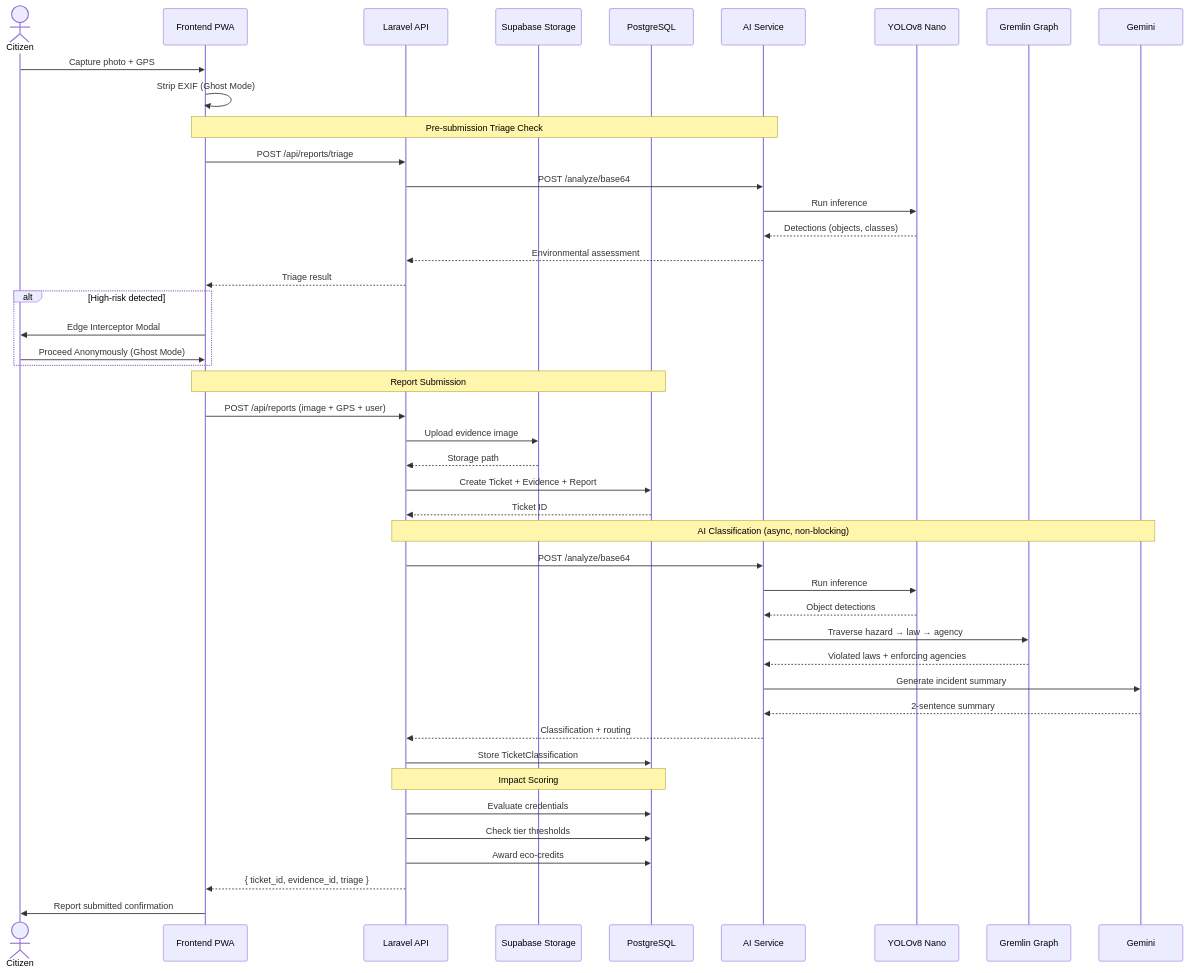
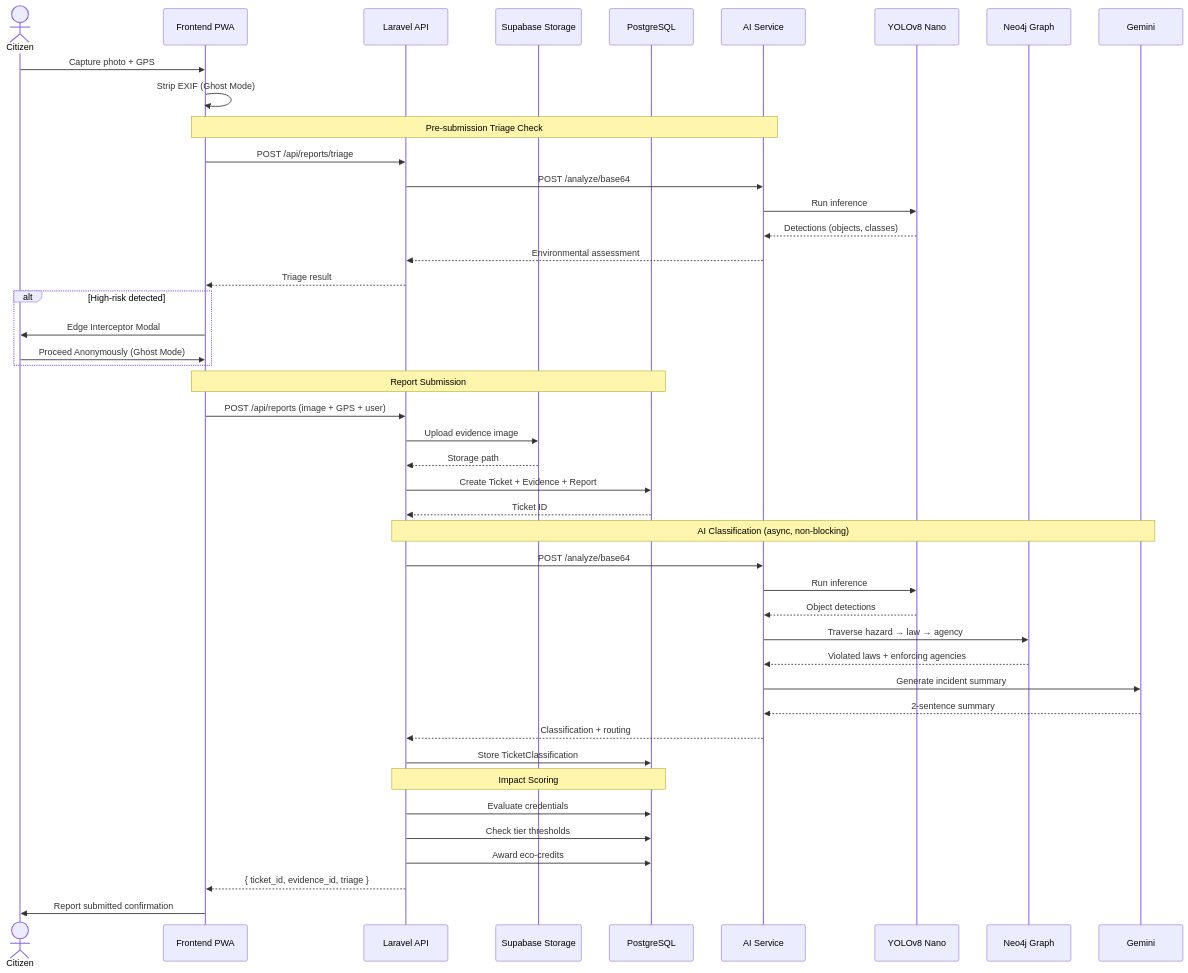
The second of 4 diagrams in docs/dataflow-diagram.md (J-Akiru5/LikasLens), drawn with Mermaid before and after one commit. The commit also changed other lines of this file and 12 other files, not shown here.

First line of the commit message:
feat: Phase 0 — raise COCO confidence to 0.50, fix Gremlin→Neo4j across docs, add execution tracker

````diff
--- a/docs/dataflow-diagram.md
+++ b/docs/dataflow-diagram.md
@@ -124,54 +124,54 @@
 ```mermaid
 sequenceDiagram
     actor Citizen
     participant PWA as Frontend PWA
     participant API as Laravel API
     participant Storage as Supabase Storage
     participant DB as PostgreSQL
     participant AI as AI Service
     participant YOLO as YOLOv8 Nano
-    participant Graph as Gremlin Graph
+    participant Graph as Neo4j Graph
     participant LLM as Gemini
 
     Citizen->>PWA: Capture photo + GPS
     PWA->>PWA: Strip EXIF (Ghost Mode)
 
     Note over PWA,AI: Pre-submission Triage Check
     PWA->>API: POST /api/reports/triage
     API->>AI: POST /analyze/base64
     AI->>YOLO: Run inference
     YOLO-->>AI: Detections (objects, classes)
     AI-->>API: Environmental assessment
     API-->>PWA: Triage result
 
     alt High-risk detected
         PWA->>Citizen: Edge Interceptor Modal
         Citizen->>PWA: Proceed Anonymously (Ghost Mode)
     end
 
     Note over PWA,DB: Report Submission
     PWA->>API: POST /api/reports (image + GPS + user)
     API->>Storage: Upload evidence image
     Storage-->>API: Storage path
     API->>DB: Create Ticket + Evidence + Report
     DB-->>API: Ticket ID
 
     Note over API,LLM: AI Classification (async, non-blocking)
     API->>AI: POST /analyze/base64
     AI->>YOLO: Run inference
     YOLO-->>AI: Object detections
     AI->>Graph: Traverse hazard → law → agency
     Graph-->>AI: Violated laws + enforcing agencies
     AI->>LLM: Generate incident summary
     LLM-->>AI: 2-sentence summary
     AI-->>API: Classification + routing
     API->>DB: Store TicketClassification
 
     Note over API,DB: Impact Scoring
     API->>DB: Evaluate credentials
     API->>DB: Check tier thresholds
     API->>DB: Award eco-credits
 
     API-->>PWA: { ticket_id, evidence_id, triage }
     PWA->>Citizen: Report submitted confirmation
 ```
````
